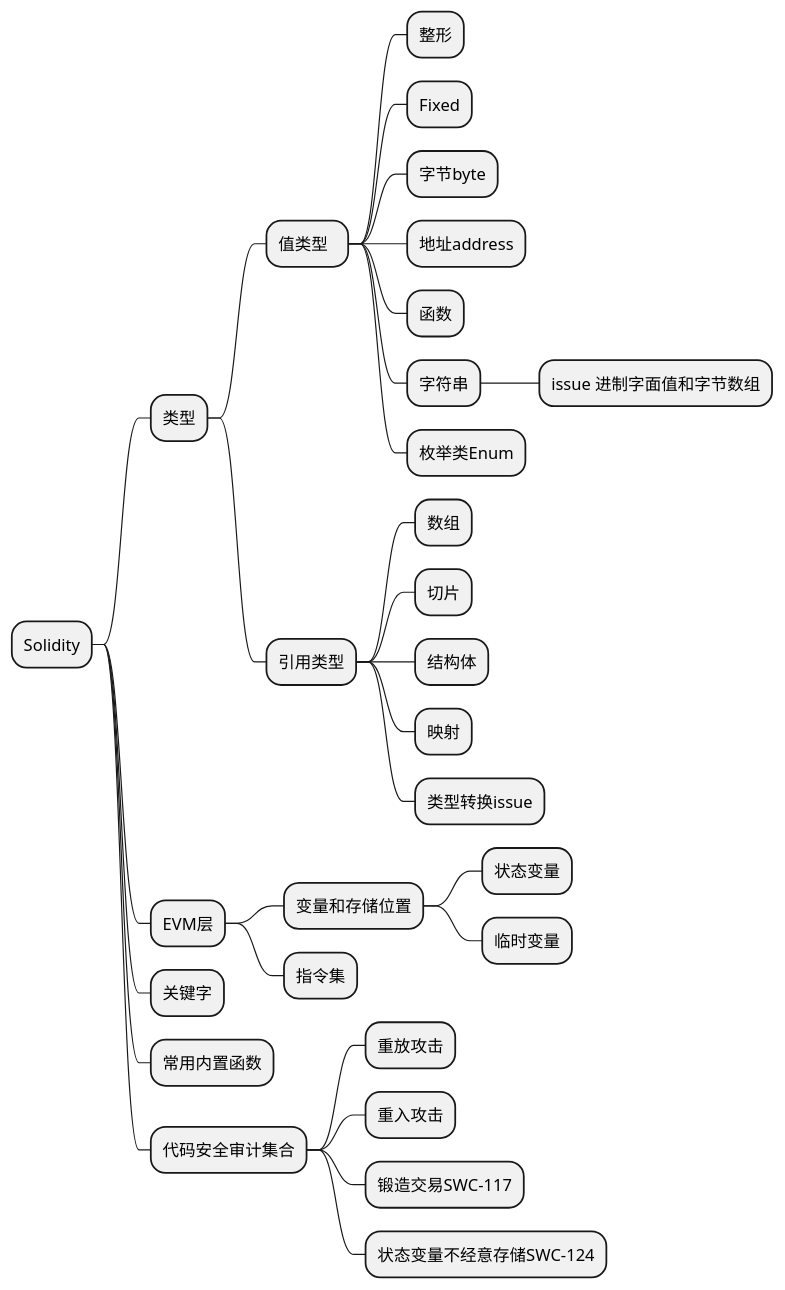
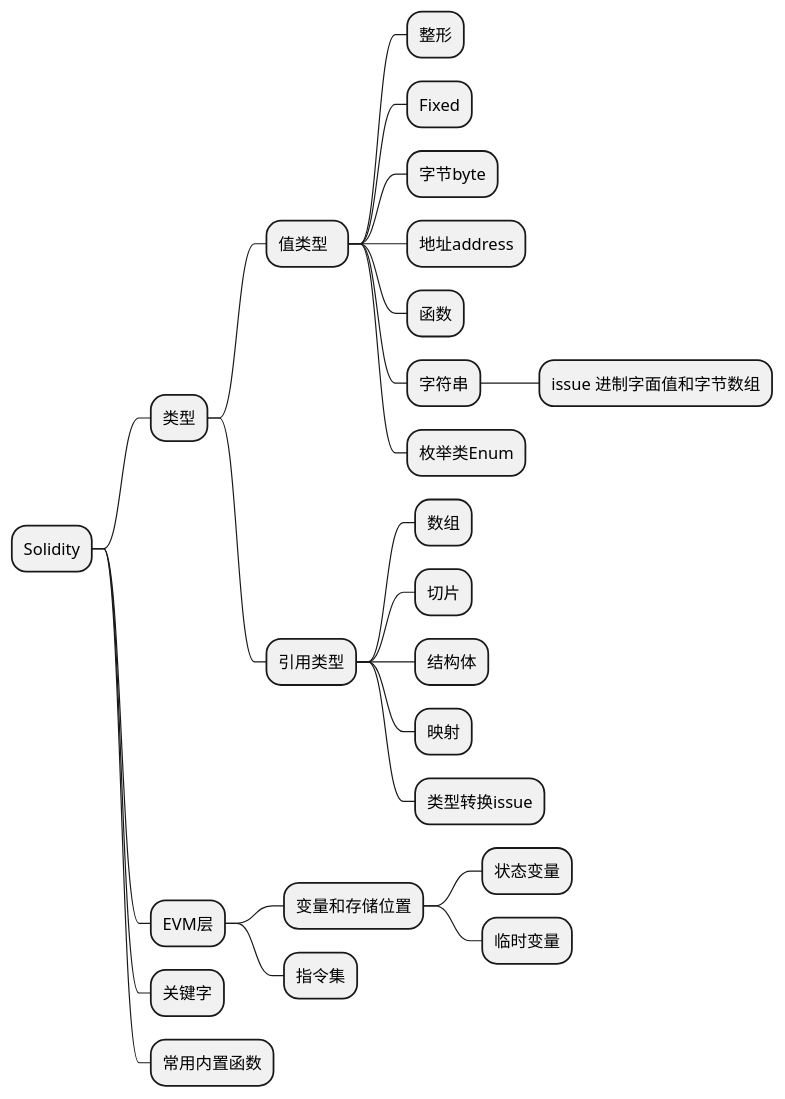
One commit to Tomatoooogerambo/notes-repo changed the first of 2 diagrams in solidity/0-overview.md. Above: the diagram before and after it, drawn with PlantUML. The commit also changed other lines of this file and 1 other file, not shown here.

````diff
--- a/solidity/0-overview.md
+++ b/solidity/0-overview.md
@@ -1,37 +9,31 @@
 ```plantuml
 @startmindmap
 + Solidity
 ++ 类型
 +++ 值类型  
 ++++ 整形
 ++++ Fixed
 ++++ 字节byte
 ++++ 地址address
 ++++ 函数
 ++++ 字符串
 +++++ issue 进制字面值和字节数组
 ++++ 枚举类Enum
 +++ 引用类型
 ++++ 数组
 ++++ 切片
 ++++ 结构体
 ++++ 映射
 ++++ 类型转换issue
 
 ++ EVM层
 +++ 变量和存储位置
 ++++ 状态变量
 ++++ 临时变量
 +++ 指令集
 
 ++ 关键字
 
 ++ 常用内置函数
-
-++ 代码安全审计集合
-+++ 重放攻击
-+++ 重入攻击
-+++ 锻造交易SWC-117
-+++ 状态变量不经意存储SWC-124
 @endmindmap
 ```
````
